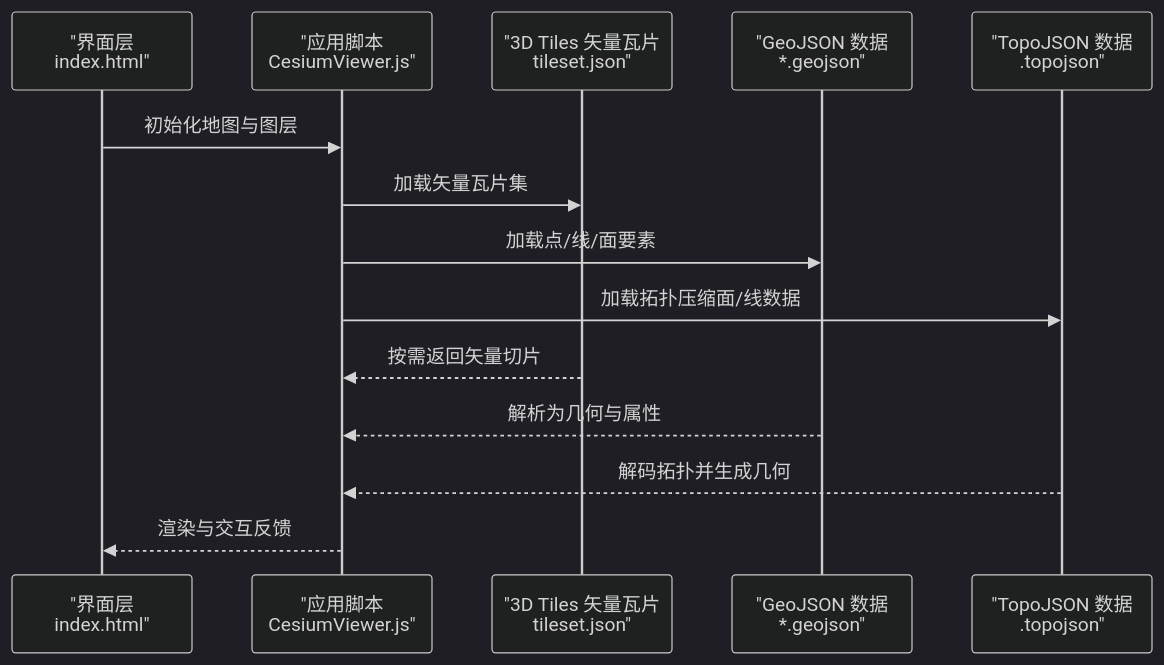
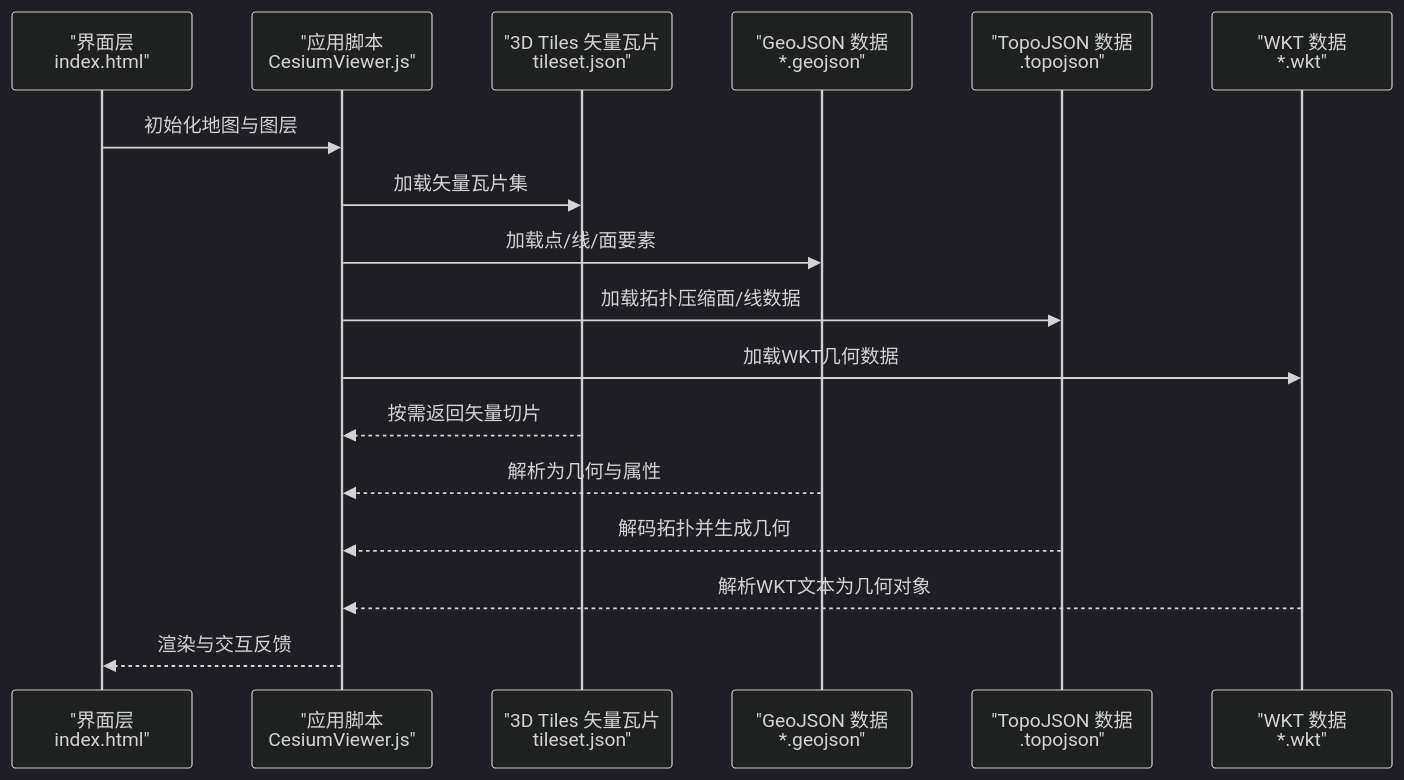
Before and after one commit to rzhangjing/cesium: the second of 9 diagrams in .qoder/repowiki/zh/content/示例教程/数据加载示例/矢量数据加载.md, drawn with Mermaid (dark theme). The commit also changed other lines of this file and 90 other files, not shown here.

````diff
--- a/.qoder/repowiki/zh/content/示例教程/数据加载示例/矢量数据加载.md
+++ b/.qoder/repowiki/zh/content/示例教程/数据加载示例/矢量数据加载.md
@@ -135,16 +140,19 @@
 ```mermaid
 sequenceDiagram
 participant UI as "界面层<br/>index.html"
 participant App as "应用脚本<br/>CesiumViewer.js"
 participant VT as "3D Tiles 矢量瓦片<br/>tileset.json"
 participant GEO as "GeoJSON 数据<br/>*.geojson"
 participant TOPO as "TopoJSON 数据<br/>.topojson"
+participant WKT as "WKT 数据<br/>*.wkt"
 UI->>App : 初始化地图与图层
 App->>VT : 加载矢量瓦片集
 App->>GEO : 加载点/线/面要素
 App->>TOPO : 加载拓扑压缩面/线数据
+App->>WKT : 加载WKT几何数据
 VT-->>App : 按需返回矢量切片
 GEO-->>App : 解析为几何与属性
 TOPO-->>App : 解码拓扑并生成几何
+WKT-->>App : 解析WKT文本为几何对象
 App-->>UI : 渲染与交互反馈
 ```
````
